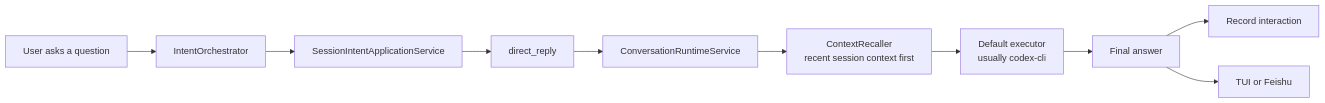
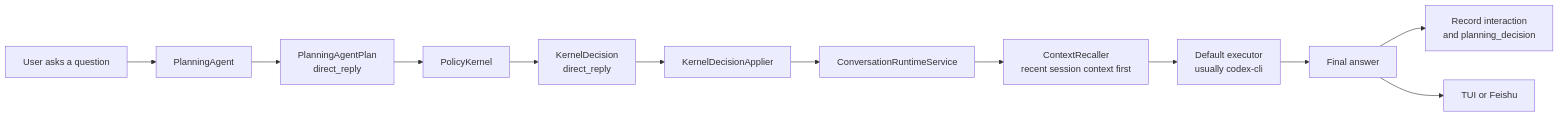
One commit to IFOSR/metawork changed the second of 4 diagrams in README.md. Above: the diagram before and after it, drawn with Mermaid. The commit also changed other lines of this file and 29 other files, not shown here.

Commit message:
feat: split planning agent policy kernel path

````diff
--- a/README.md
+++ b/README.md
@@ -71,12 +77,14 @@
 ```mermaid
 flowchart LR
-  Input[User asks a question] --> Intent[IntentOrchestrator]
-  Intent --> Apply[SessionIntentApplicationService]
-  Apply --> Direct[direct_reply]
-  Direct --> Runtime[ConversationRuntimeService]
-  Runtime --> Recall[ContextRecaller<br/>recent session context first]
+  Input[User asks a question] --> Planning[PlanningAgent]
+  Planning --> Plan[PlanningAgentPlan<br/>direct_reply]
+  Plan --> Kernel[PolicyKernel]
+  Kernel --> Decision[KernelDecision<br/>direct_reply]
+  Decision --> Runtime[KernelDecisionApplier]
+  Runtime --> Conversation[ConversationRuntimeService]
+  Conversation --> Recall[ContextRecaller<br/>recent session context first]
   Recall --> Executor[Default executor<br/>usually codex-cli]
   Executor --> Answer[Final answer]
-  Answer --> Persist[Record interaction]
+  Answer --> Persist[Record interaction<br/>and planning_decision]
   Answer --> UI[TUI or Feishu]
 ```
````
